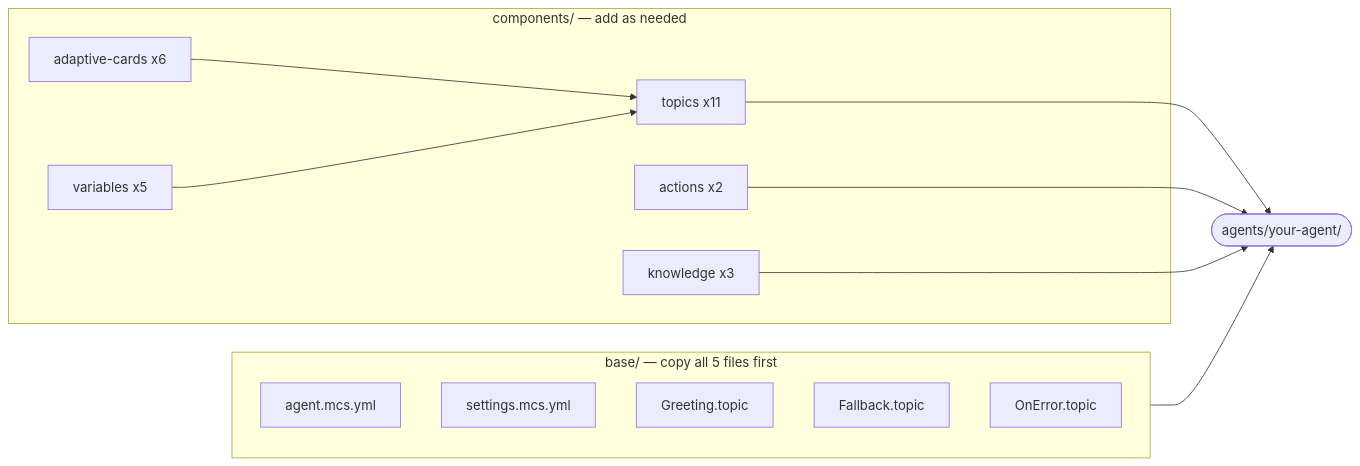
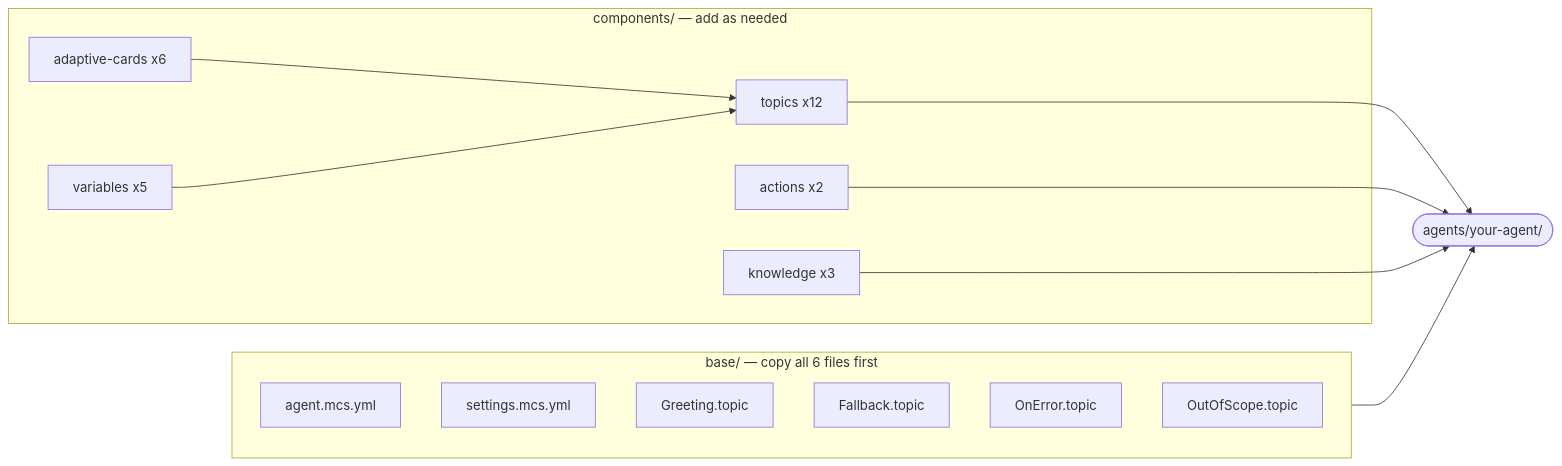
The second of 7 diagrams in ENGINEERING-PLAYBOOK.md (ramyabhargavi-p/copilot-studio-templates), drawn with Mermaid before and after one commit. The commit also changed other lines of this file and 6 other files, not shown here.

````diff
--- a/ENGINEERING-PLAYBOOK.md
+++ b/ENGINEERING-PLAYBOOK.md
@@ -263,25 +263,26 @@
 ```mermaid
 flowchart LR
-    subgraph BASE["base/  — copy all 5 files first"]
+    subgraph BASE["base/  — copy all 6 files first"]
         A1[agent.mcs.yml]
         A2[settings.mcs.yml]
         A3[Greeting.topic]
         A4[Fallback.topic]
         A5[OnError.topic]
+        A6[OutOfScope.topic]
     end
 
     subgraph COMP["components/  — add as needed"]
-        T[topics x11]
+        T[topics x12]
         AC[actions x2]
         K[knowledge x3]
         CA[adaptive-cards x6]
         V[variables x5]
     end
 
     BASE --> AGT([agents/your-agent/])
     T --> AGT
     AC --> AGT
     K --> AGT
     CA --> T
     V --> T
 ```
````
